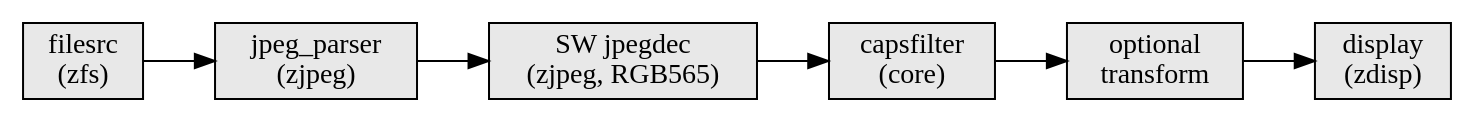
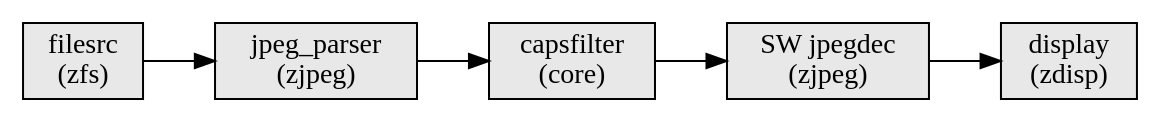
Before and after one commit to nxp-upstream/zephyr: the second of 2 diagrams in samples/subsys/mp/jpeg_dec/README.rst, drawn with Graphviz. The commit also changed other lines of this file and 3 other files, not shown here.

```diff
--- a/samples/subsys/mp/jpeg_dec/README.rst
+++ b/samples/subsys/mp/jpeg_dec/README.rst
@@ -74,13 +45,12 @@
 .. graphviz::
 
    digraph pipeline_b {
      rankdir=LR;
      node [shape=box, style=filled, fillcolor="#e8e8e8"];
      filesrc      [label="filesrc\n(zfs)"];
      jpeg_parser  [label="jpeg_parser\n(zjpeg)"];
-     sw_jpegdec   [label="SW jpegdec\n(zjpeg, RGB565)"];
      capsfilter   [label="capsfilter\n(core)"];
-     opt_transform [label="optional\ntransform"];
+     sw_jpegdec   [label="SW jpegdec\n(zjpeg)"];
      display      [label="display\n(zdisp)"];
-     filesrc -> jpeg_parser -> sw_jpegdec -> capsfilter -> opt_transform -> display;
+     filesrc -> jpeg_parser -> capsfilter -> sw_jpegdec -> display;
    }
```
